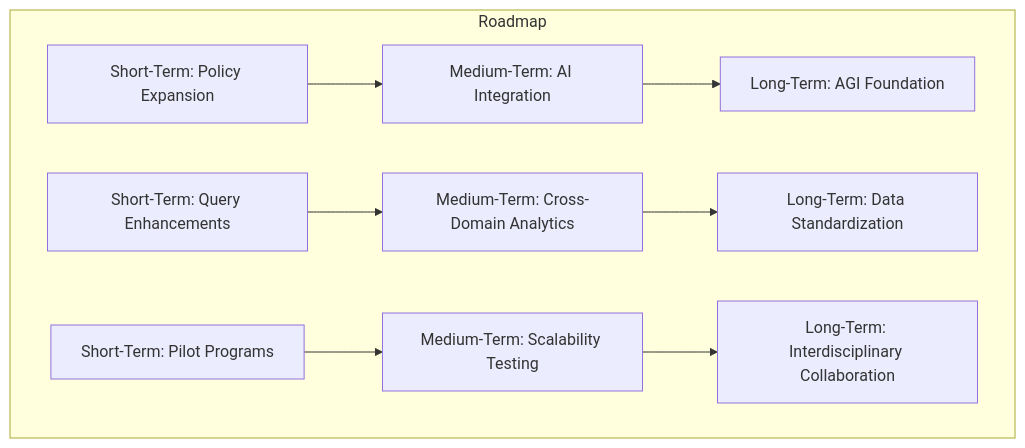
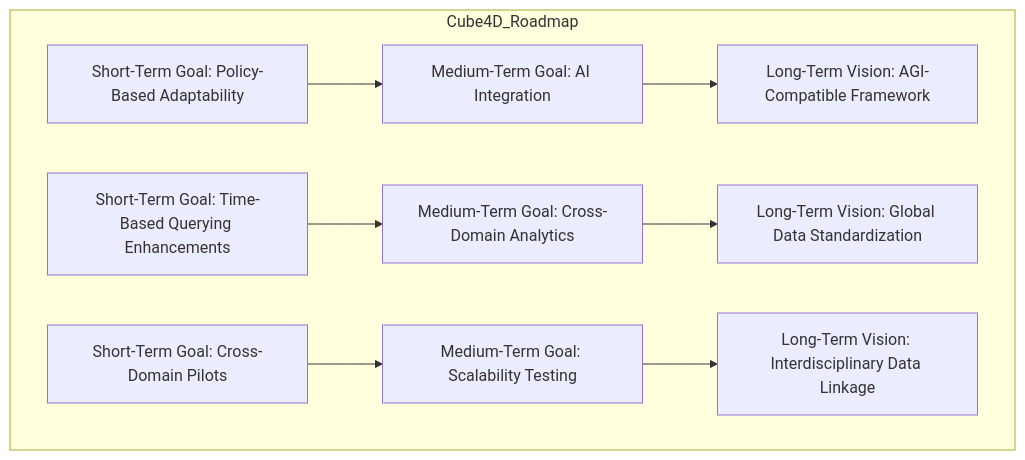
Before and after one commit to TheGuyFromTheApprentice/ActiveGraphNetworks: the third of 3 diagrams in AGT_Whitepaper.md, drawn with Mermaid. The commit also changed other lines of this file, not shown here.

````diff
--- a/AGT_Whitepaper.md
+++ b/AGT_Whitepaper.md
@@ -465,23 +297,23 @@
 ```mermaid
 graph TD
-    subgraph Roadmap
-        STG1["Short-Term: Policy Expansion"]
-        STG2["Short-Term: Query Enhancements"]
-        STG3["Short-Term: Pilot Programs"]
+    subgraph Cube4D_Roadmap
+        STG1["Short-Term Goal: Policy-Based Adaptability"]
+        STG2["Short-Term Goal: Time-Based Querying Enhancements"]
+        STG3["Short-Term Goal: Cross-Domain Pilots"]
 
-        MTG1["Medium-Term: AI Integration"]
-        MTG2["Medium-Term: Cross-Domain Analytics"]
-        MTG3["Medium-Term: Scalability Testing"]
+        MTG1["Medium-Term Goal: AI Integration"]
+        MTG2["Medium-Term Goal: Cross-Domain Analytics"]
+        MTG3["Medium-Term Goal: Scalability Testing"]
 
-        LTG1["Long-Term: AGI Foundation"]
-        LTG2["Long-Term: Data Standardization"]
-        LTG3["Long-Term: Interdisciplinary Collaboration"]
+        LTG1["Long-Term Vision: AGI-Compatible Framework"]
+        LTG2["Long-Term Vision: Global Data Standardization"]
+        LTG3["Long-Term Vision: Interdisciplinary Data Linkage"]
     end
 
     STG1 --> MTG1
     STG2 --> MTG2
     STG3 --> MTG3
     MTG1 --> LTG1
     MTG2 --> LTG2
     MTG3 --> LTG3
 ```
````
